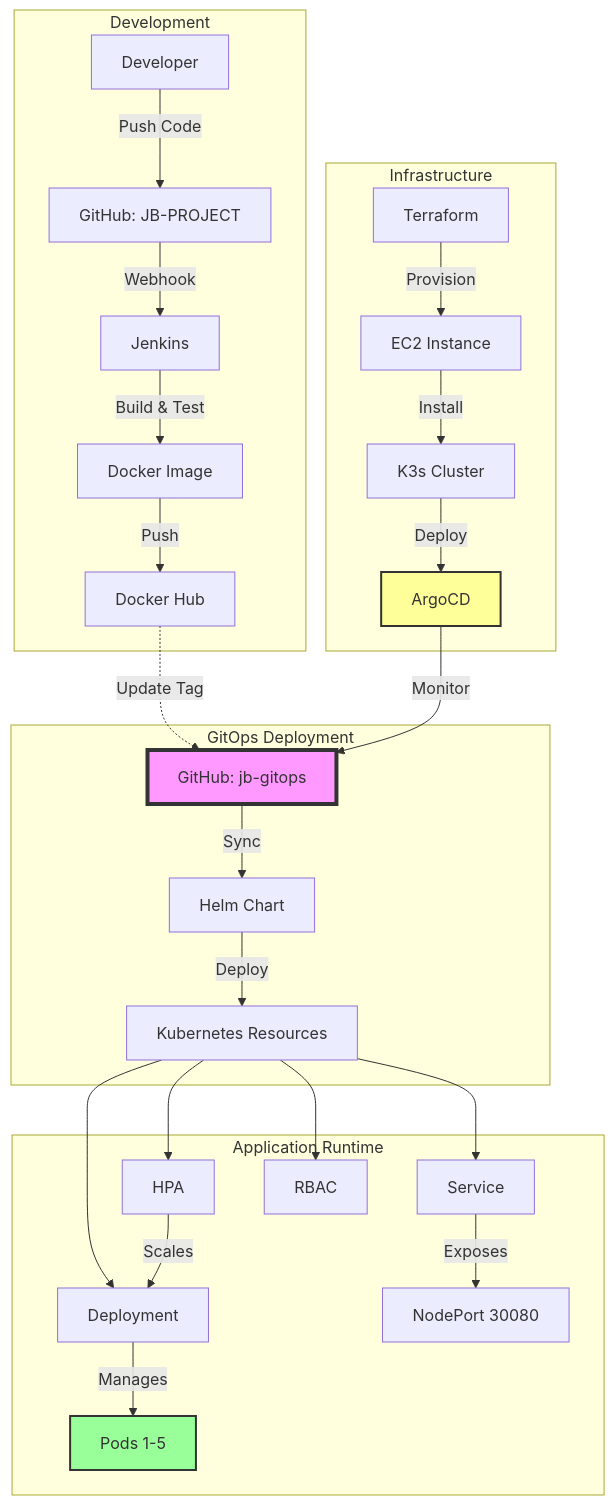
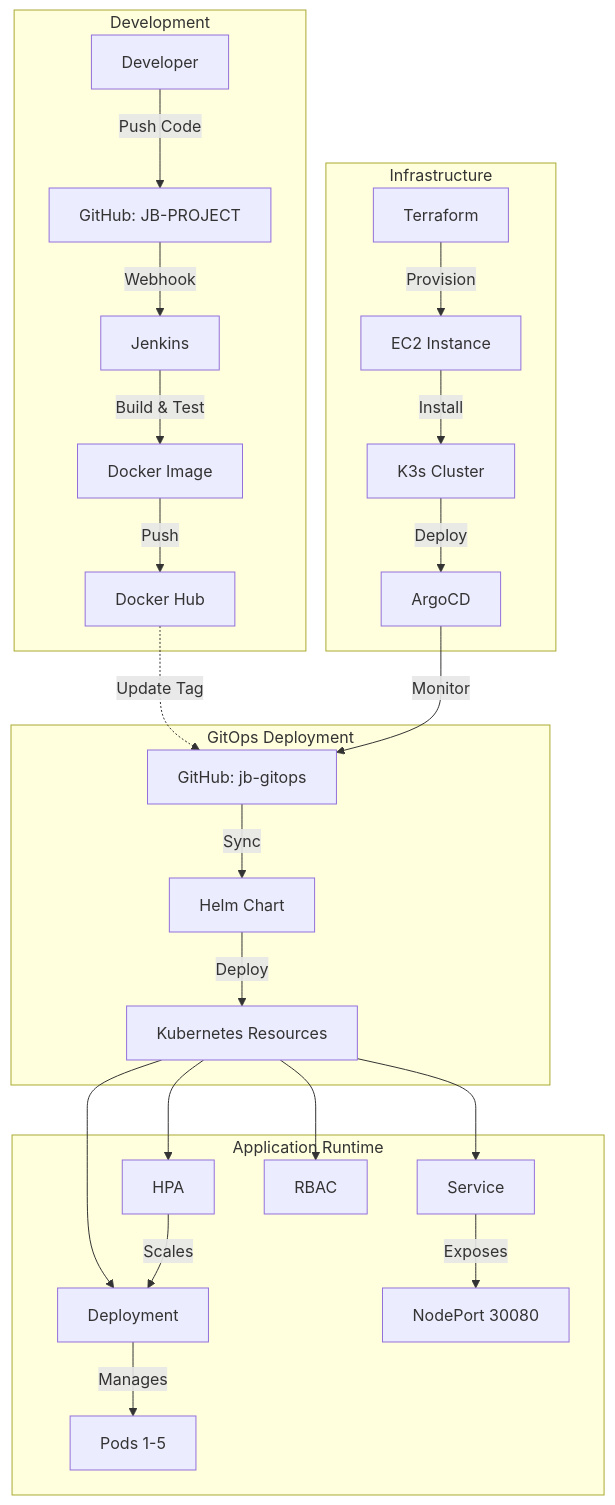
Before and after one commit to githuber20202/jb-gitops: the first of 7 diagrams in README.md, drawn with Mermaid. The commit also changed other lines of this file, not shown here.

````diff
--- a/README.md
+++ b/README.md
@@ -41,36 +41,32 @@
 ```mermaid
 graph TB
     subgraph "Development"
         A[Developer] -->|Push Code| B[GitHub: JB-PROJECT]
         B -->|Webhook| C[Jenkins]
         C -->|Build & Test| D[Docker Image]
         D -->|Push| E[Docker Hub]
     end
     
     subgraph "Infrastructure"
         F[Terraform] -->|Provision| G[EC2 Instance]
         G -->|Install| H[K3s Cluster]
         H -->|Deploy| I[ArgoCD]
     end
     
     subgraph "GitOps Deployment"
         E -.->|Update Tag| J[GitHub: jb-gitops]
         I -->|Monitor| J
         J -->|Sync| K[Helm Chart]
         K -->|Deploy| L[Kubernetes Resources]
     end
     
     subgraph "Application Runtime"
         L --> M[Deployment]
         L --> N[Service]
         L --> O[HPA]
         L --> P[RBAC]
         M -->|Manages| Q[Pods 1-5]
         O -->|Scales| M
-        N -->|Exposes| R[NodePort 30080]
+    N -->|Exposes| R[NodePort 30080]
     end
-    
-    style J fill:#f9f,stroke:#333,stroke-width:4px
-    style I fill:#ff9,stroke:#333,stroke-width:2px
-    style Q fill:#9f9,stroke:#333,stroke-width:2px
 ```
````
